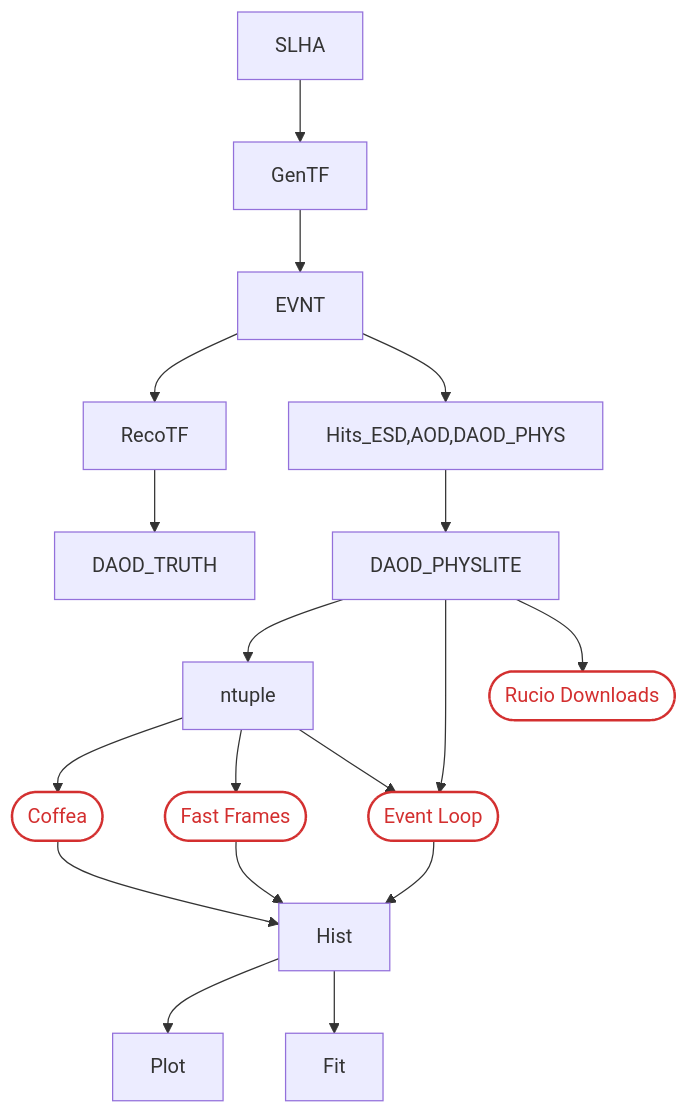
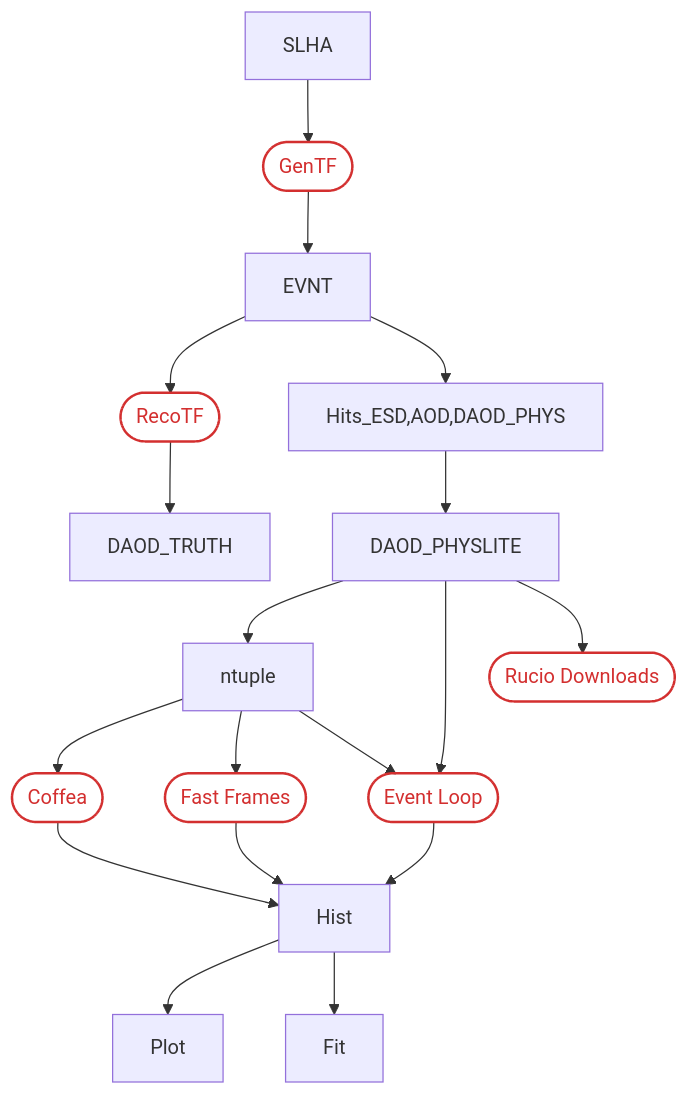
Before and after one commit to usatlas/AF-Benchmarking: the diagram in docs/flowChart.md, drawn with Mermaid.

````diff
--- a/docs/flowChart.md
+++ b/docs/flowChart.md
@@ -1,38 +1,42 @@
 ```mermaid
 flowchart TD
     SLHA --> GenTF
     GenTF --> EVNT
     EVNT --> RecoTF
     RecoTF --> DAOD_TRUTH
     Event_Loop --> Hist
 
     EVNT--> Hits_ESD,AOD,DAOD_PHYS
     Hits_ESD,AOD,DAOD_PHYS --> DAOD_PHYSLITE
 
     ntuple --> Coffea
     Coffea --> Hist
 
     ntuple --> Fast_Frames
     Fast_Frames --> Hist
 
     ntuple --> Event_Loop
     DAOD_PHYSLITE --> ntuple
     DAOD_PHYSLITE --> Event_Loop
     DAOD_PHYSLITE --> Rucio_Downloads
 
     Hist --> Plot
     Hist --> Fit
 
     click Event_Loop "https://github.com/usatlas/AF-Benchmarking/tree/main/event_loop" "Event Loop documentation"
     click Coffea "https://github.com/usatlas/AF-Benchmarking/tree/main/NTuple_Hist/coffea" "Coffea documentation"
     click Fast_Frames "https://github.com/usatlas/AF-Benchmarking/tree/main/NTuple_Hist/fastframes" "Fast Frames documentation"
     click Rucio_Downloads "https://github.com/usatlas/AF-Benchmarking/blob/main/Rucio/rucio_script.sh" "'Rucio Downloads' Script"
+    click GenTF "https://github.com/usatlas/AF-Benchmarking/tree/main/EVNT" "EVNT Job Scripts"
+    click RecoTF "https://github.com/usatlas/AF-Benchmarking/tree/main/TRUTH3" "TRUTH3 Job Scripts"
 
     Event_Loop(["Event Loop"])
     Coffea(["Coffea"])
     Fast_Frames(["Fast Frames"])
     Rucio_Downloads(["Rucio Downloads"])
+    GenTF(["GenTF"])
+    RecoTF(["RecoTF"])
     
     classDef method fill:transparent,stroke:#d32f2f,stroke-width:2px,color:#d32f2f;
-    class Event_Loop,Coffea,Fast_Frames,Rucio_Downloads method;
+    class Event_Loop,Coffea,Fast_Frames,Rucio_Downloads,GenTF,RecoTF method;
 ```
````
